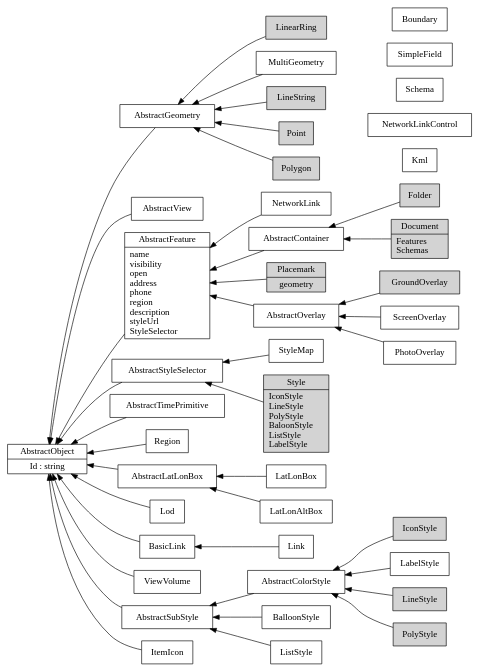
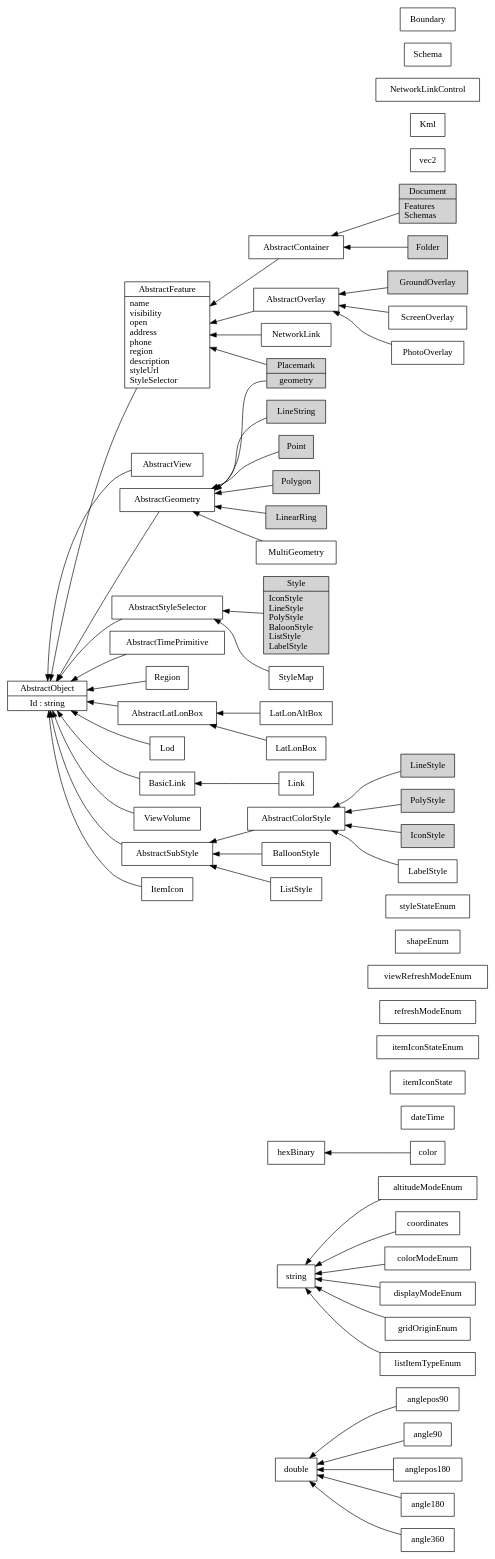
Before and after one commit to markph0204/MapComplete: the diagram in kml/KmlStructure/KmlStructure.gv, drawn with Graphviz. The commit also changed 63 other files, not shown here.

```diff
--- a/kml/KmlStructure/KmlStructure.gv
+++ b/kml/KmlStructure/KmlStructure.gv
@@ -1,115 +1,162 @@
 digraph g {
 
 rankdir = "RL"
 
 node [shape="record"]
 
-subgraph interest
+// http://stackoverflow.com/a/7062842/401828  !!!!!
+
+subgraph NativeTypes {
+	double
+	string
+	hexBinary
+}
+
+subgraph Types
+{
+	anglepos90
+	angle90
+	anglepos180
+	angle180
+	angle360
+	altitudeModeEnum
+	color
+	coordinates
+	colorModeEnum
+	dateTime
+	displayModeEnum
+	gridOriginEnum
+	itemIconState
+	itemIconStateEnum
+	listItemTypeEnum
+	refreshModeEnum
+	viewRefreshModeEnum
+	shapeEnum
+	styleStateEnum
+}
+
+subgraph Element
 {
 	node [style="filled", bgcolor="#ccc"]
 
 	Document [label="Document|Features\lSchemas\l"]
 	Folder
 	Placemark
 	Style
 	LineString
 	Point
 	Polygon
 	LinearRing
 	GroundOverlay
 	LineStyle
 	PolyStyle
 	IconStyle
 }
 
-//vec2
+anglepos90 -> double
+angle90 -> double
+anglepos180 -> double
+angle180 -> double
+angle360 -> double
+
+altitudeModeEnum -> string
+color -> hexBinary
+coordinates -> string
+colorModeEnum -> string
+displayModeEnum -> string
+gridOriginEnum -> string
+
+listItemTypeEnum -> string
+
+vec2
 
 AbstractObject [label="AbstractObject|Id : string"]
 
 AbstractFeature [label="AbstractFeature|name\lvisibility\lopen\laddress\lphone\lregion\ldescription\lstyleUrl\lStyleSelector\l"]
 AbstractFeature -> AbstractObject
 AbstractView -> AbstractObject
 AbstractGeometry -> AbstractObject
 AbstractStyleSelector -> AbstractObject
 AbstractTimePrimitive -> AbstractObject
 
 AbstractContainer -> AbstractFeature
 AbstractOverlay -> AbstractFeature
 
 Document -> AbstractContainer
 Folder -> AbstractContainer
 
-Placemark [label="Placemark|geometry"]
+Placemark [label="Placemark|<f1>geometry"]
 Placemark -> AbstractFeature
 NetworkLink -> AbstractFeature
 
+Placemark:f1 -> AbstractGeometry
 
 //Snippet -> string
 //LookAt -> AbstractView
 //Camera -> AbstractView
 //Metadata
 //ExtendedData
 //SchemaData -> AbstractObject
 
 //SimpleData -> string
 //Data -> AbstractObject
 
 
 Kml
 NetworkLinkControl
 Schema
-SimpleField
+//SimpleField
 Region -> AbstractObject
 LatLonAltBox -> AbstractLatLonBox
 Lod -> AbstractObject
 Link -> BasicLink
 MultiGeometry -> AbstractGeometry
 Point -> AbstractGeometry
 LineString -> AbstractGeometry
 LinearRing -> AbstractGeometry
 Polygon -> AbstractGeometry
 Boundary
 
 /*
 Model -> AbstractGeometry
 Location -> AbstractObject
 Orientation -> AbstractObject
 Scale -> AbstractObject
 */
 
 //ResourceMap -> AbstractObject
 //Alias -> AbstractObject
 GroundOverlay -> AbstractOverlay
 AbstractLatLonBox -> AbstractObject
 LatLonBox -> AbstractLatLonBox
 
 ScreenOverlay -> AbstractOverlay
 PhotoOverlay -> AbstractOverlay
 ViewVolume -> AbstractObject
 
 //ImagePyramid -> AbstractObject
 
 Style [label="Style|IconStyle\lLineStyle\lPolyStyle\lBaloonStyle\lListStyle\lLabelStyle\l"]
 Style -> AbstractStyleSelector
 StyleMap -> AbstractStyleSelector
 
 //Pair -> AbstractObject
 
 AbstractSubStyle -> AbstractObject
 AbstractColorStyle -> AbstractSubStyle
 IconStyle -> AbstractColorStyle
 BasicLink -> AbstractObject
 LabelStyle -> AbstractColorStyle
 LineStyle -> AbstractColorStyle
 PolyStyle -> AbstractColorStyle
 BalloonStyle -> AbstractSubStyle
 ListStyle -> AbstractSubStyle
 
 ItemIcon -> AbstractObject
 
 /*
 TimeStamp -> AbstractTimePrimitive
 TimeSpan -> AbstractTimePrimitive
 */
 
 }
```
